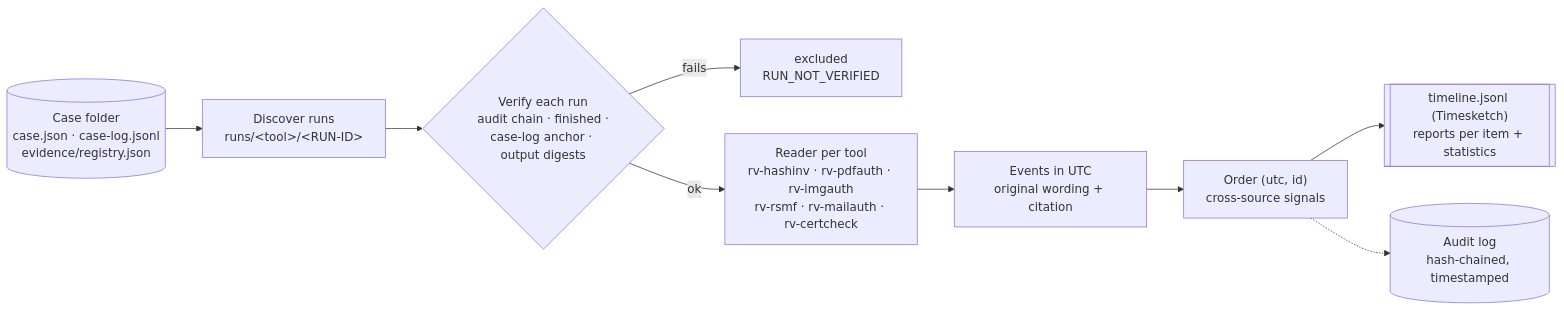
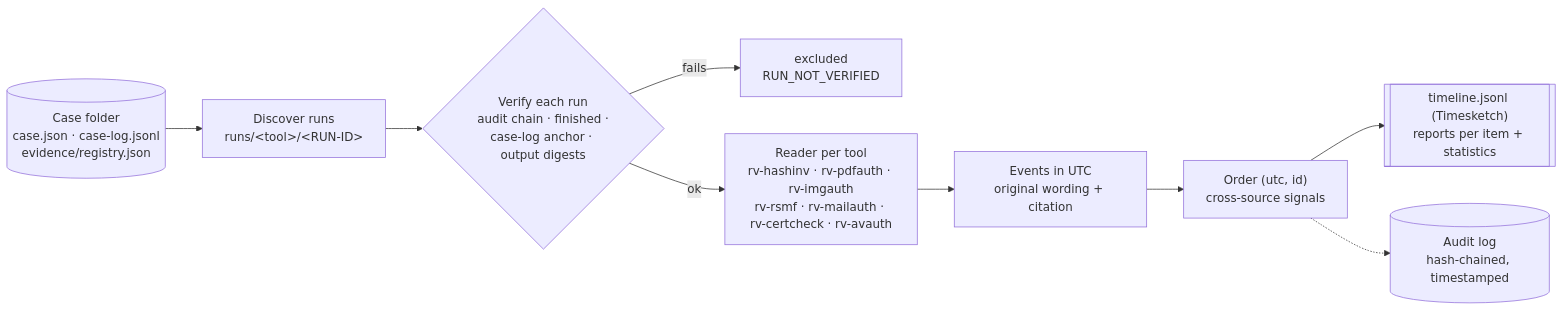
One commit to Panacota96/rv-timeline changed the first of 2 diagrams in README.md. Above: the diagram before and after it, drawn with Mermaid. The commit also changed other lines of this file and 32 other files, not shown here.

````diff
--- a/README.md
+++ b/README.md
@@ -22,11 +22,11 @@
 ```mermaid
 flowchart LR
     C[("Case folder<br/>case.json · case-log.jsonl<br/>evidence/registry.json")] --> D["Discover runs<br/>runs/&lt;tool&gt;/&lt;RUN-ID&gt;"]
     D --> V{"Verify each run<br/>audit chain · finished ·<br/>case-log anchor · output digests"}
     V -- "fails" --> X["excluded<br/>RUN_NOT_VERIFIED"]
-    V -- "ok" --> R["Reader per tool<br/>rv-hashinv · rv-pdfauth · rv-imgauth<br/>rv-rsmf · rv-mailauth · rv-certcheck"]
+    V -- "ok" --> R["Reader per tool<br/>rv-hashinv · rv-pdfauth · rv-imgauth<br/>rv-rsmf · rv-mailauth · rv-certcheck · rv-avauth"]
     R --> E["Events in UTC<br/>original wording + citation"]
     E --> S["Order (utc, id)<br/>cross-source signals"]
     S --> O[["timeline.jsonl (Timesketch)<br/>reports per item + statistics"]]
     S -.-> L[("Audit log<br/>hash-chained, timestamped")]
 ```
````
